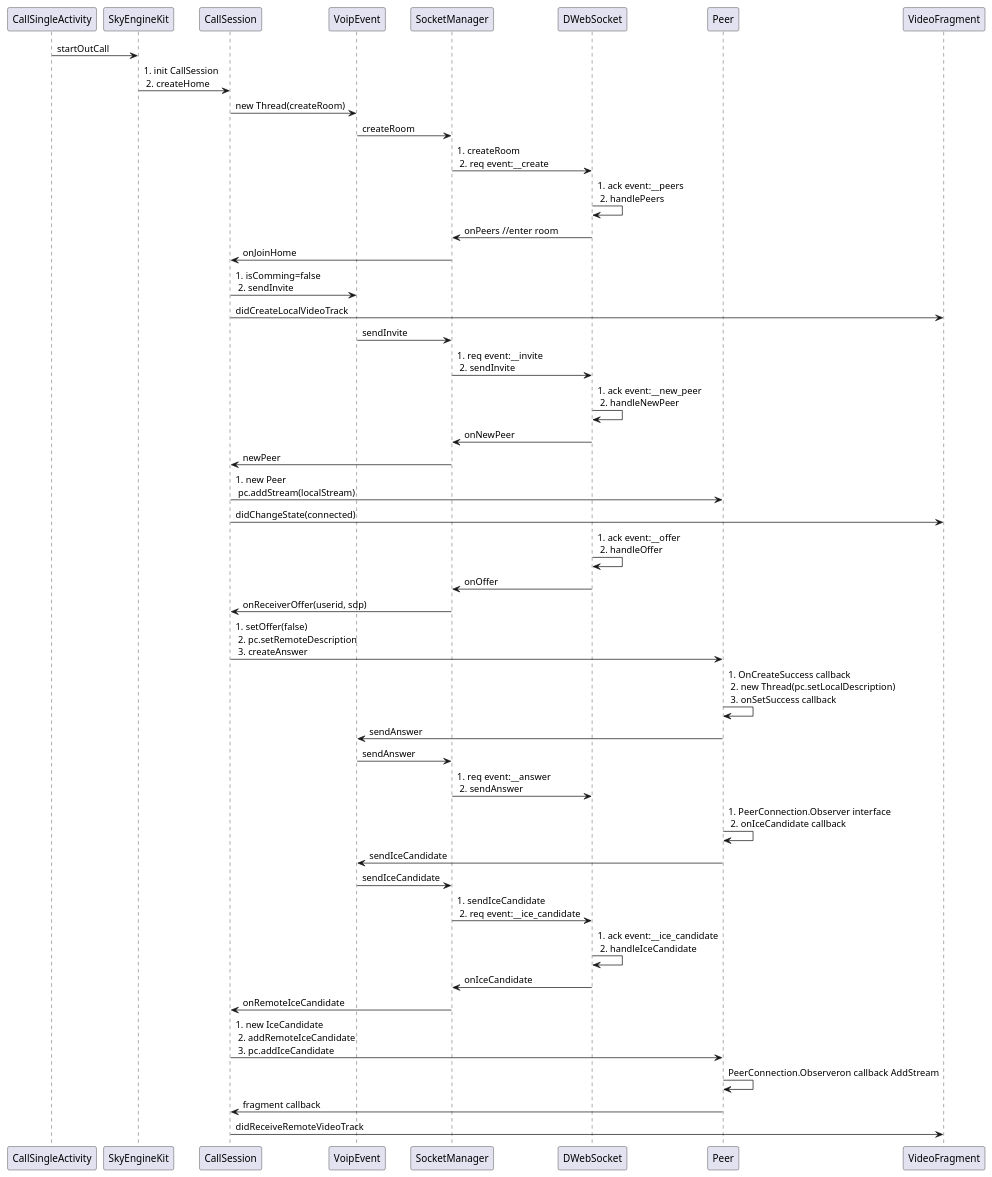
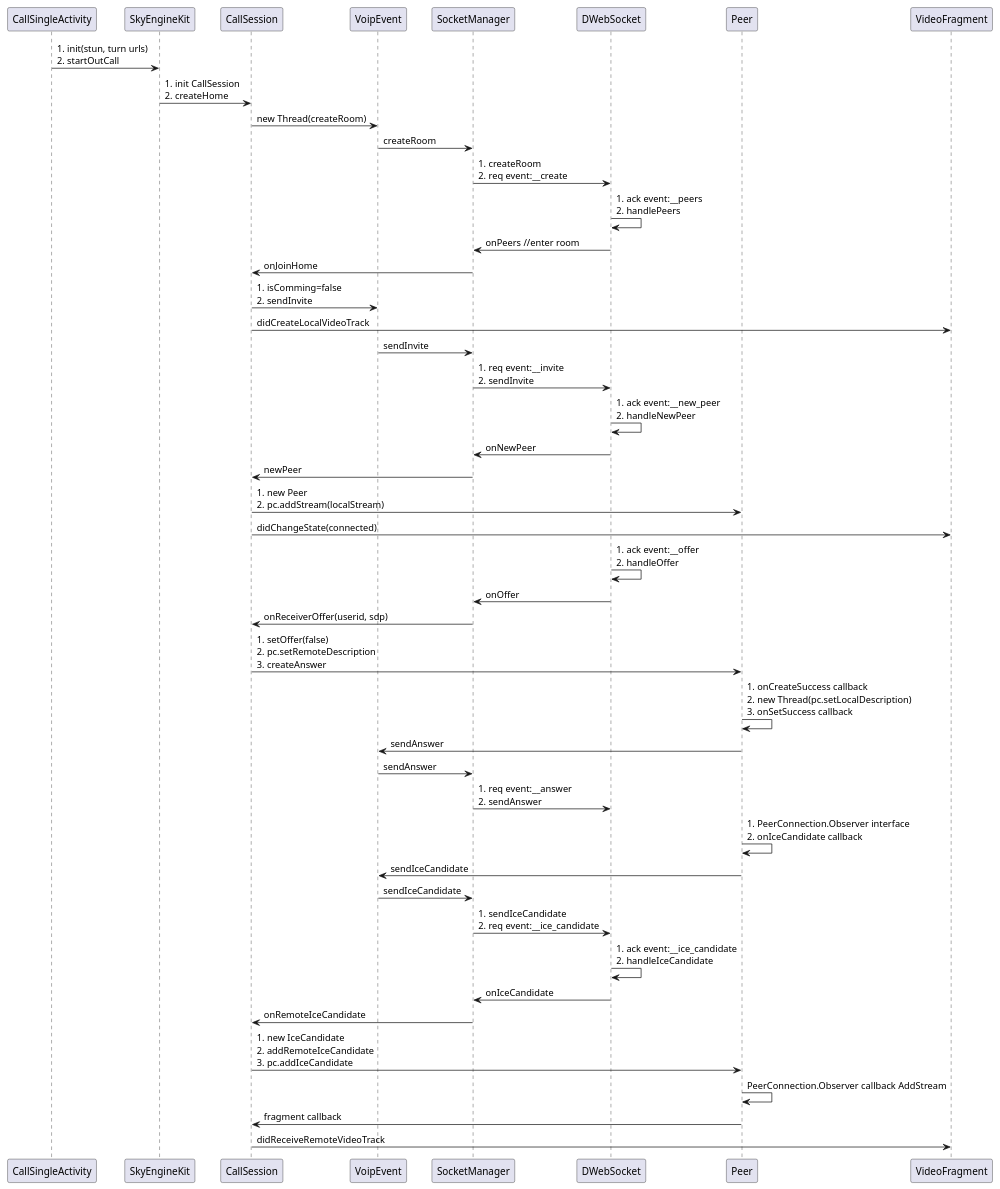
The first of 2 diagrams in art/learn.md (vscoder-mas/webrtc_android), drawn with PlantUML before and after one commit. The commit also changed other lines of this file, not shown here.

Commit message:
完成被动呼叫时序图

```diff
--- a/art/learn.md
+++ b/art/learn.md
@@ -3,48 +3,48 @@
 @startuml 
 participant "CallSingleActivity" 
 participant "SkyEngineKit" 
 participant "CallSession" 
 participant "VoipEvent" 
 participant "SocketManager" 
 participant "DWebSocket" 
 participant "Peer" 
 participant "VideoFragment"
 
-CallSingleActivity -> SkyEngineKit: startOutCall
-SkyEngineKit -> CallSession: 1. init CallSession\n 2. createHome
+CallSingleActivity -> SkyEngineKit: 1. init(stun, turn urls)\n2. startOutCall
+SkyEngineKit -> CallSession: 1. init CallSession\n2. createHome
 CallSession -> VoipEvent: new Thread(createRoom)
 VoipEvent -> SocketManager: createRoom
-SocketManager -> DWebSocket: 1. createRoom\n 2. req event:__create
-DWebSocket -> DWebSocket: 1. ack event:__peers\n 2. handlePeers
+SocketManager -> DWebSocket: 1. createRoom\n2. req event:__create
+DWebSocket -> DWebSocket: 1. ack event:__peers\n2. handlePeers
 DWebSocket -> SocketManager: onPeers //enter room
 SocketManager -> CallSession: onJoinHome
-CallSession -> VoipEvent: 1. isComming=false\n 2. sendInvite
+CallSession -> VoipEvent: 1. isComming=false\n2. sendInvite
 CallSession -> VideoFragment: didCreateLocalVideoTrack
 VoipEvent -> SocketManager: sendInvite
-SocketManager -> DWebSocket: 1. req event:__invite\n 2. sendInvite
-DWebSocket -> DWebSocket: 1. ack event:__new_peer\n 2. handleNewPeer
+SocketManager -> DWebSocket: 1. req event:__invite\n2. sendInvite
+DWebSocket -> DWebSocket: 1. ack event:__new_peer\n2. handleNewPeer
 DWebSocket -> SocketManager: onNewPeer
 SocketManager -> CallSession: newPeer
-CallSession -> Peer: 1. new Peer\n pc.addStream(localStream)
+CallSession -> Peer: 1. new Peer\n2. pc.addStream(localStream)
 CallSession -> VideoFragment: didChangeState(connected)
-DWebSocket -> DWebSocket: 1. ack event:__offer\n 2. handleOffer
+DWebSocket -> DWebSocket: 1. ack event:__offer\n2. handleOffer
 DWebSocket -> SocketManager: onOffer
 SocketManager -> CallSession: onReceiverOffer(userid, sdp)
-CallSession -> Peer: 1. setOffer(false)\n 2. pc.setRemoteDescription\n 3. createAnswer
-Peer -> Peer: 1. OnCreateSuccess callback\n 2. new Thread(pc.setLocalDescription)\n 3. onSetSuccess callback
+CallSession -> Peer: 1. setOffer(false)\n2. pc.setRemoteDescription\n3. createAnswer
+Peer -> Peer: 1. onCreateSuccess callback\n2. new Thread(pc.setLocalDescription)\n3. onSetSuccess callback
 Peer -> VoipEvent: sendAnswer
 VoipEvent -> SocketManager: sendAnswer
-SocketManager -> DWebSocket: 1. req event:__answer\n 2. sendAnswer
-Peer -> Peer: 1. PeerConnection.Observer interface\n 2. onIceCandidate callback
+SocketManager -> DWebSocket: 1. req event:__answer\n2. sendAnswer
+Peer -> Peer: 1. PeerConnection.Observer interface\n2. onIceCandidate callback
 Peer -> VoipEvent: sendIceCandidate
 VoipEvent -> SocketManager: sendIceCandidate
-SocketManager -> DWebSocket: 1. sendIceCandidate\n 2. req event:__ice_candidate
-DWebSocket -> DWebSocket: 1. ack event:__ice_candidate\n 2. handleIceCandidate
+SocketManager -> DWebSocket: 1. sendIceCandidate\n2. req event:__ice_candidate
+DWebSocket -> DWebSocket: 1. ack event:__ice_candidate\n2. handleIceCandidate
 DWebSocket -> SocketManager: onIceCandidate
 SocketManager -> CallSession: onRemoteIceCandidate
-CallSession -> Peer: 1. new IceCandidate\n 2. addRemoteIceCandidate\n 3. pc.addIceCandidate
-Peer -> Peer: PeerConnection.Observeron callback AddStream
+CallSession -> Peer: 1. new IceCandidate\n2. addRemoteIceCandidate\n3. pc.addIceCandidate
+Peer -> Peer: PeerConnection.Observer callback AddStream
 Peer-> CallSession: fragment callback
 CallSession -> VideoFragment: didReceiveRemoteVideoTrack
 
 @enduml
```
